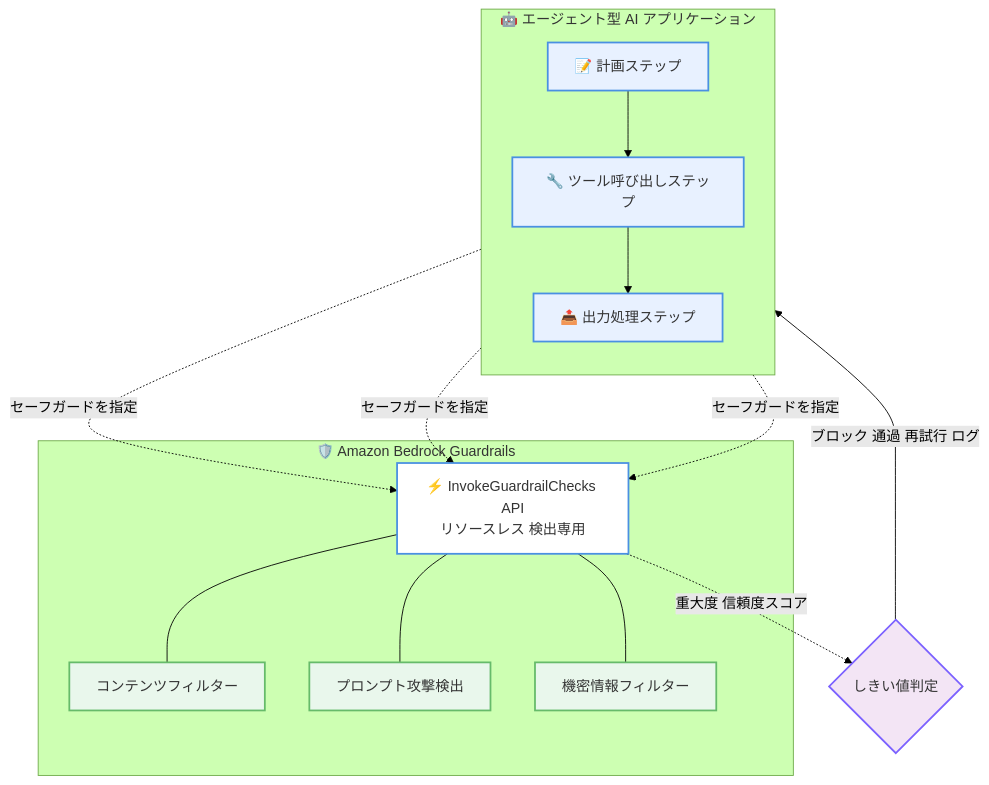
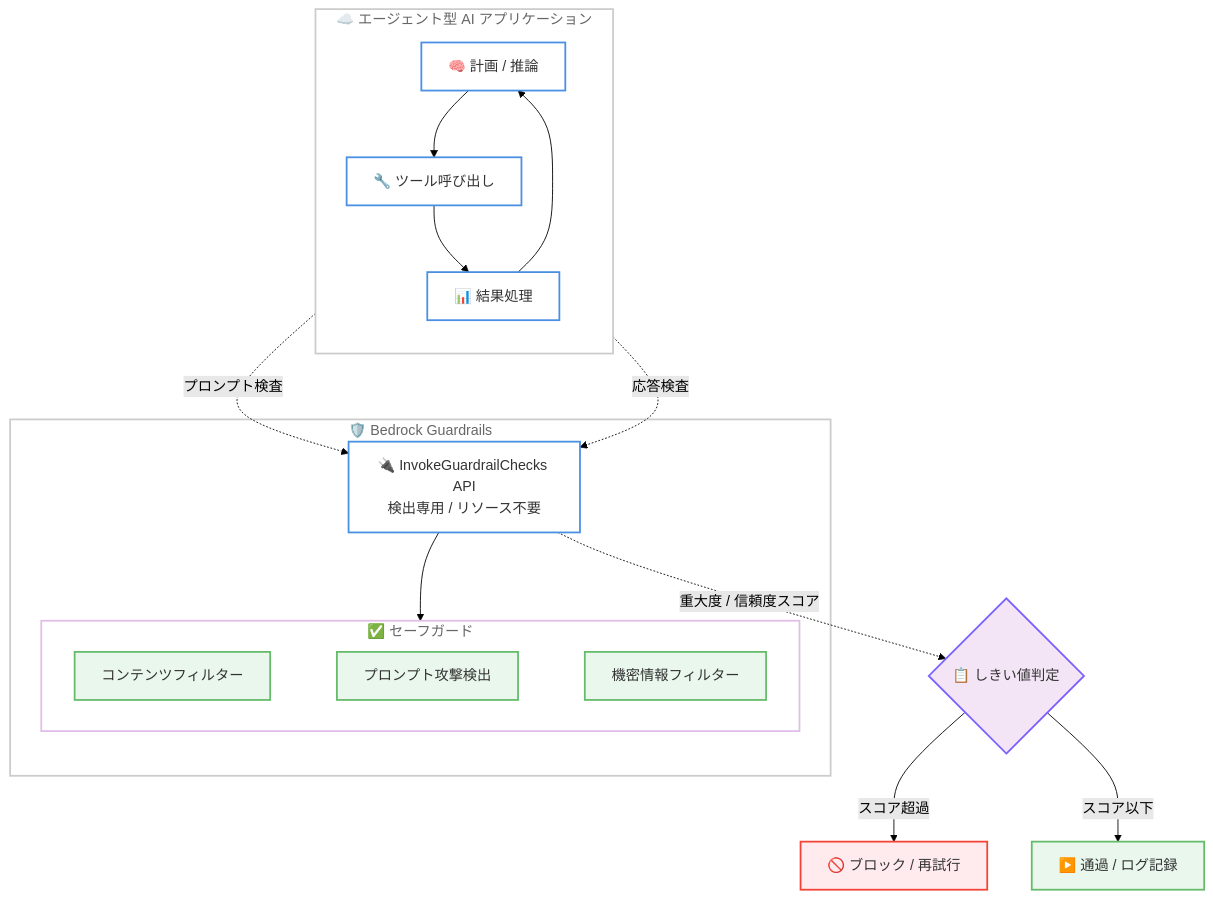
One commit to takech9203/aws-news-summary changed the diagram in reports/2026/2026-06-16-amazon-bedrock-guardrails-api-ai.md. Above: the diagram before and after it, drawn with Mermaid (forest theme). The commit also changed other lines of this file and 27 other files, not shown here.

````diff
--- a/reports/2026/2026-06-16-amazon-bedrock-guardrails-api-ai.md
+++ b/reports/2026/2026-06-16-amazon-bedrock-guardrails-api-ai.md
@@ -36,36 +32,43 @@
 ```mermaid
 flowchart TD
-    subgraph Agent["🤖 エージェント型 AI アプリケーション"]
+    subgraph App["☁️ エージェント型 AI アプリケーション"]
         direction TB
-        Plan["📝 計画ステップ"]
-        Tool["🔧 ツール呼び出しステップ"]
-        Output["📤 出力処理ステップ"]
-        Plan --> Tool --> Output
+        Plan["🧠 計画 / 推論"]
+        Tool["🔧 ツール呼び出し"]
+        Result["📊 結果処理"]
+        Plan --> Tool --> Result --> Plan
     end
 
-    subgraph Guardrails["🛡️ Amazon Bedrock Guardrails"]
-        API["⚡ InvokeGuardrailChecks API<br/>リソースレス 検出専用"]
-        Content["コンテンツフィルター"]
-        Prompt["プロンプト攻撃検出"]
-        PII["機密情報フィルター"]
-        API --- Content
-        API --- Prompt
-        API --- PII
+    subgraph Guard["🛡️ Bedrock Guardrails"]
+        API["🔌 InvokeGuardrailChecks API<br/>検出専用 / リソース不要"]
+        subgraph Checks["✅ セーフガード"]
+            direction LR
+            C1["コンテンツフィルター"]
+            C2["プロンプト攻撃検出"]
+            C3["機密情報フィルター"]
+            C1 ~~~ C2 ~~~ C3
+        end
+        API --> Checks
     end
 
-    Plan -.->|セーフガードを指定| API
-    Tool -.->|セーフガードを指定| API
-    Output -.->|セーフガードを指定| API
-    API -.->|重大度 信頼度スコア| Decide{"しきい値判定"}
-    Decide -->|ブロック 通過 再試行 ログ| Agent
+    Plan -.->|プロンプト検査| API
+    Result -.->|応答検査| API
+    API -.->|"重大度 / 信頼度スコア"| Decision{"📋 しきい値判定"}
+    Decision -->|スコア超過| Block["🚫 ブロック / 再試行"]
+    Decision -->|スコア以下| Pass["▶️ 通過 / ログ記録"]
 
-    classDef agent fill:#E8F1FF,stroke:#4A90E2,stroke-width:2px,color:#333333
-    classDef guard fill:#E9F7EC,stroke:#66BB6A,stroke-width:2px,color:#333333
-    classDef apinode fill:#FFFFFF,stroke:#4A90E2,stroke-width:2px,color:#333333
+    classDef cloud fill:none,stroke:#CCCCCC,stroke-width:2px,color:#666666
+    classDef layer fill:none,stroke:#E1BEE7,stroke-width:2px,color:#666666
+    classDef process fill:#FFFFFF,stroke:#4A90E2,stroke-width:2px,color:#333333
+    classDef input fill:#E9F7EC,stroke:#66BB6A,stroke-width:2px,color:#333333
     classDef decision fill:#F3E5F5,stroke:#7B61FF,stroke-width:2px,color:#333333
+    classDef error fill:#FFEBEE,stroke:#F44336,stroke-width:2px,color:#333333
 
-    class Plan,Tool,Output agent
-    class Content,Prompt,PII guard
-    class API apinode
-    class Decide decision
+    class App,Guard cloud
+    class Checks layer
+    class Plan,Tool,Result,API process
+    class C1,C2,C3 input
+    class Decision decision
+    class Block error
+    class Pass input
 ```
````
